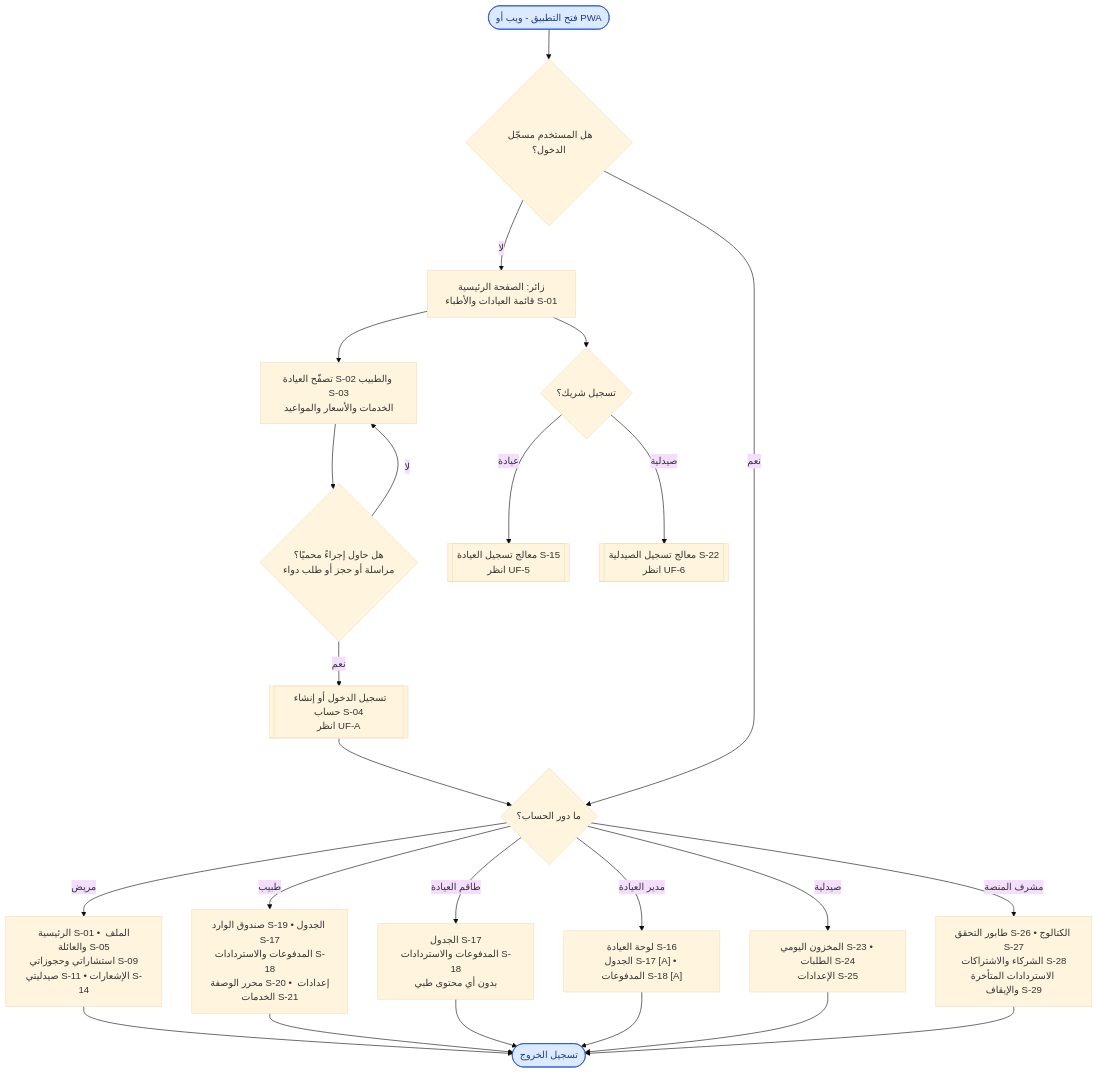
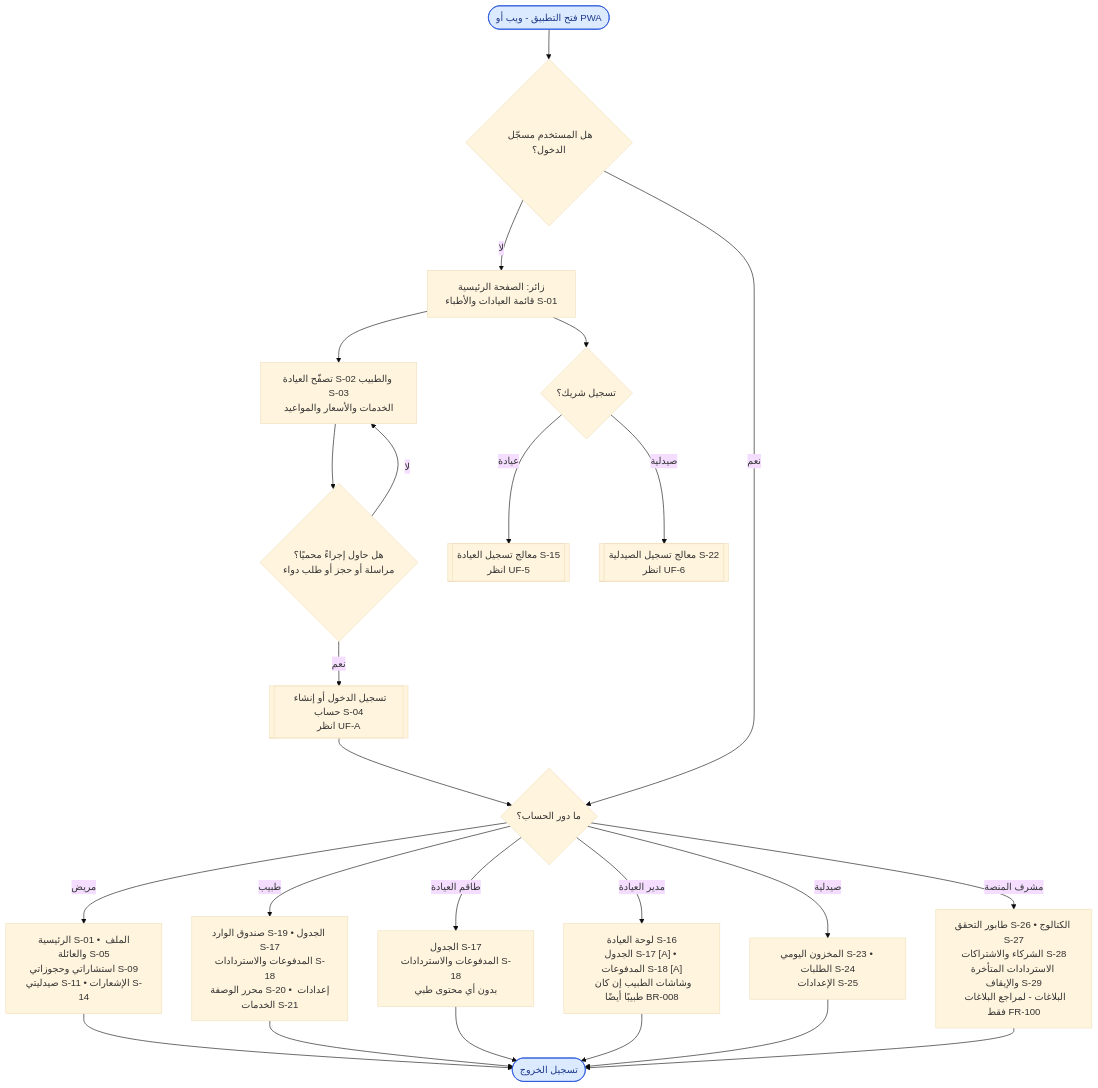
One commit to foxamoca/iltiam changed the first of 12 diagrams in docs/user-flow.ar.md. Above: the diagram before and after it, drawn with Mermaid (base theme). The commit also changed other lines of this file and 6 other files, not shown here.

Commit message:
docs: update PRD (Arabic + PDFs), user flows and UI/UX to v1.1

````diff
--- a/docs/user-flow.ar.md
+++ b/docs/user-flow.ar.md
@@ -50,33 +51,33 @@
 ```mermaid
 flowchart TD
     START(["فتح التطبيق - ويب أو PWA"]) --> AUTH{"هل المستخدم مسجّل الدخول؟"}
 
     AUTH -->|"لا"| GUEST["زائر: الصفحة الرئيسية<br/>قائمة العيادات والأطباء S-01"]
     GUEST --> BROWSE["تصفّح العيادة S-02 والطبيب S-03<br/>الخدمات والأسعار والمواعيد"]
     BROWSE --> PROT{"هل حاول إجراءً محميًا؟<br/>مراسلة أو حجز أو طلب دواء"}
     PROT -->|"لا"| BROWSE
     PROT -->|"نعم"| LOGIN[["تسجيل الدخول أو إنشاء حساب S-04<br/>انظر UF-A"]]
     GUEST --> PARTNER{"تسجيل شريك؟"}
     PARTNER -->|"عيادة"| CREG[["معالج تسجيل العيادة S-15<br/>انظر UF-5"]]
     PARTNER -->|"صيدلية"| PREG[["معالج تسجيل الصيدلية S-22<br/>انظر UF-6"]]
     LOGIN --> ROLE
 
     AUTH -->|"نعم"| ROLE{"ما دور الحساب؟"}
 
     ROLE -->|"مريض"| PAT["الرئيسية S-01 • الملف والعائلة S-05<br/>استشاراتي وحجوزاتي S-09<br/>صيدليتي S-11 • الإشعارات S-14"]
     ROLE -->|"طبيب"| DOC["صندوق الوارد S-19 • الجدول S-17<br/>المدفوعات والاستردادات S-18<br/>محرر الوصفة S-20 • إعدادات الخدمات S-21"]
     ROLE -->|"طاقم العيادة"| STAFF["الجدول S-17<br/>المدفوعات والاستردادات S-18<br/>بدون أي محتوى طبي"]
-    ROLE -->|"مدير العيادة"| MGR["لوحة العيادة S-16<br/>الجدول S-17 [A] • المدفوعات S-18 [A]"]
+    ROLE -->|"مدير العيادة"| MGR["لوحة العيادة S-16<br/>الجدول S-17 [A] • المدفوعات S-18 [A]<br/>وشاشات الطبيب إن كان طبيبًا أيضًا BR-008"]
     ROLE -->|"صيدلية"| PH["المخزون اليومي S-23 • الطلبات S-24<br/>الإعدادات S-25"]
-    ROLE -->|"مشرف المنصة"| ADM["طابور التحقق S-26 • الكتالوج S-27<br/>الشركاء والاشتراكات S-28<br/>الاستردادات المتأخرة والإيقاف S-29"]
+    ROLE -->|"مشرف المنصة"| ADM["طابور التحقق S-26 • الكتالوج S-27<br/>الشركاء والاشتراكات S-28<br/>الاستردادات المتأخرة والإيقاف S-29<br/>البلاغات - لمراجع البلاغات فقط FR-100"]
 
     PAT --> EXIT(["تسجيل الخروج"])
     DOC --> EXIT
     STAFF --> EXIT
     MGR --> EXIT
     PH --> EXIT
     ADM --> EXIT
 
     classDef entry fill:#dbeafe,stroke:#1d4ed8,color:#1e3a8a
     class START,EXIT entry
 ```
````
